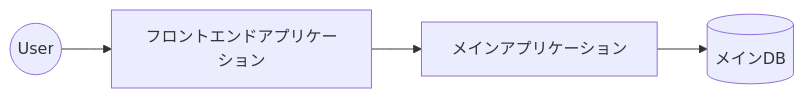
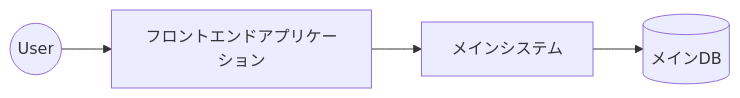
One commit to yuma-ito-bd/zenn-articles changed the seventh of 8 diagrams in articles/20251124-system-migration.md. Above: the diagram before and after it, drawn with Mermaid. The commit also changed other lines of this file, not shown here.

````diff
--- a/articles/20251124-system-migration.md
+++ b/articles/20251124-system-migration.md
@@ -138,9 +179,9 @@
    ```mermaid
    graph LR
 
    user((User)) --> spa["フロントエンドアプリケーション"]
    spa --> sys1
 
 
-   sys1[メインアプリケーション] --> db1[(メインDB)]
+   sys1[メインシステム] --> db1[(メインDB)]
    ```
````
